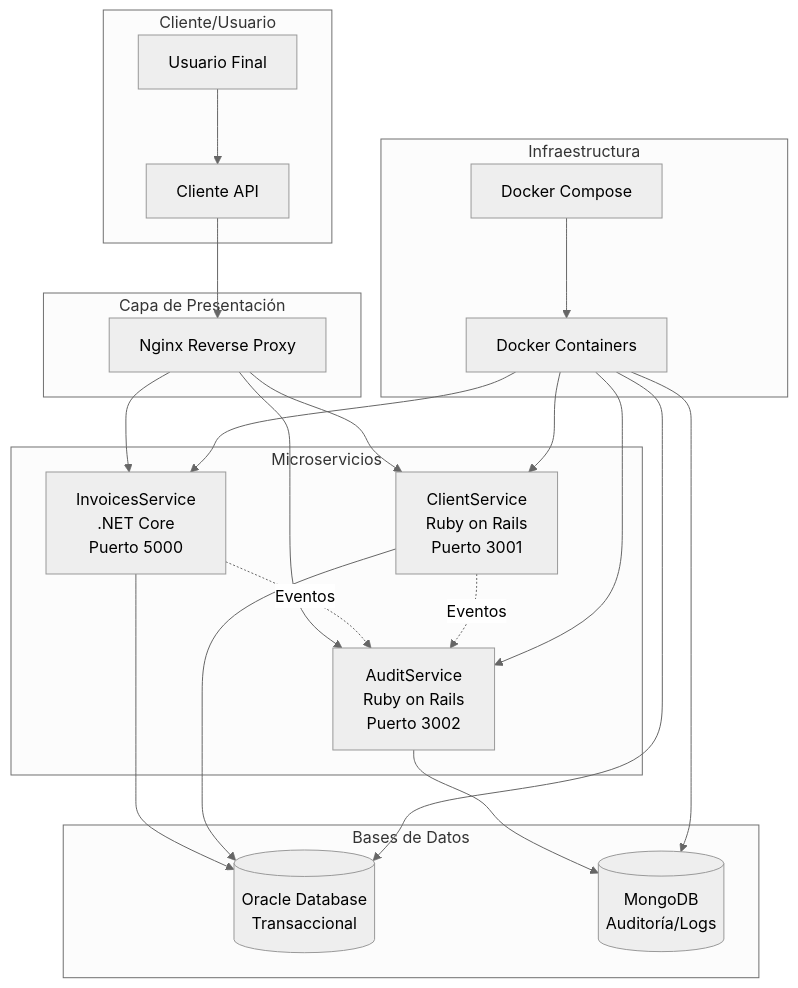
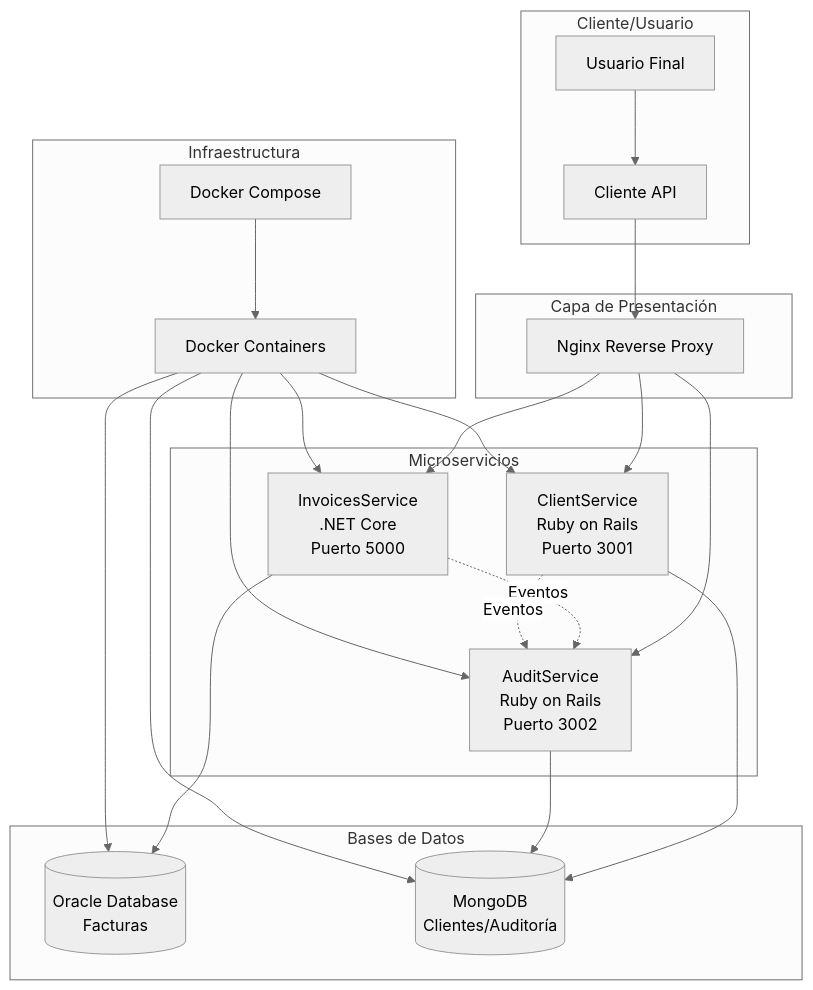
The first of 5 diagrams in docs/arquitectura.md (mailo2202/prueba-tecnica-double-v), drawn with Mermaid (neutral theme) before and after one commit. The commit also changed other lines of this file and 1 other file, not shown here.

Commit message:
change in readme from oracle to mongo for customer service

````diff
--- a/docs/arquitectura.md
+++ b/docs/arquitectura.md
@@ -5,48 +5,48 @@
 ```mermaid
 graph TB
     subgraph "Cliente/Usuario"
         U[Usuario Final]
         API[Cliente API]
     end
     
     subgraph "Capa de Presentación"
         NGINX[Nginx Reverse Proxy]
     end
     
     subgraph "Microservicios"
         FS[InvoicesService<br/>.NET Core<br/>Puerto 5000]
         CS[ClientService<br/>Ruby on Rails<br/>Puerto 3001]
         AS[AuditService<br/>Ruby on Rails<br/>Puerto 3002]
     end
     
     subgraph "Bases de Datos"
-        ORACLE[(Oracle Database<br/>Transaccional)]
-        MONGO[(MongoDB<br/>Auditoría/Logs)]
+        ORACLE[(Oracle Database<br/>Facturas)]
+        MONGO[(MongoDB<br/>Clientes/Auditoría)]
     end
     
     subgraph "Infraestructura"
         DOCKER[Docker Containers]
         COMPOSE[Docker Compose]
     end
     
     U --> API
     API --> NGINX
     NGINX --> FS
     NGINX --> CS
     NGINX --> AS
     
     FS --> ORACLE
-    CS --> ORACLE
+    CS --> MONGO
     AS --> MONGO
     
     FS -.->|Eventos| AS
     CS -.->|Eventos| AS
     
     DOCKER --> FS
     DOCKER --> CS
     DOCKER --> AS
     DOCKER --> ORACLE
     DOCKER --> MONGO
     
     COMPOSE --> DOCKER
 ```
````
